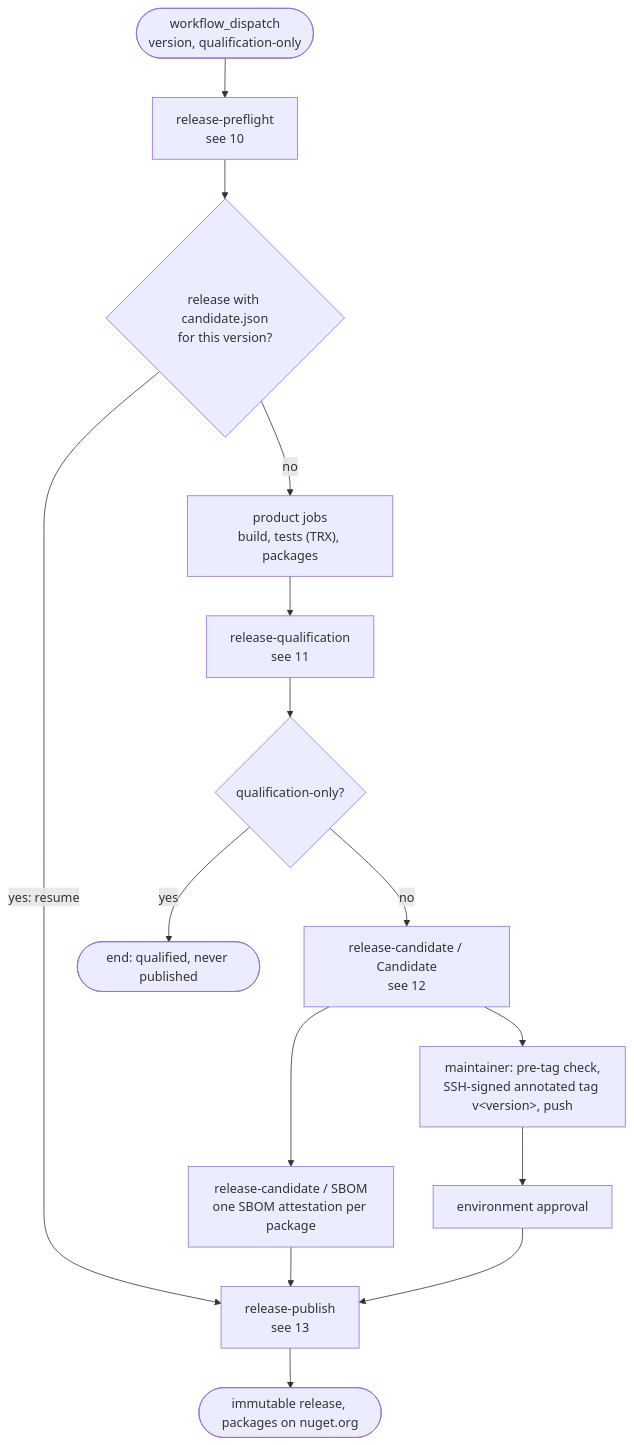
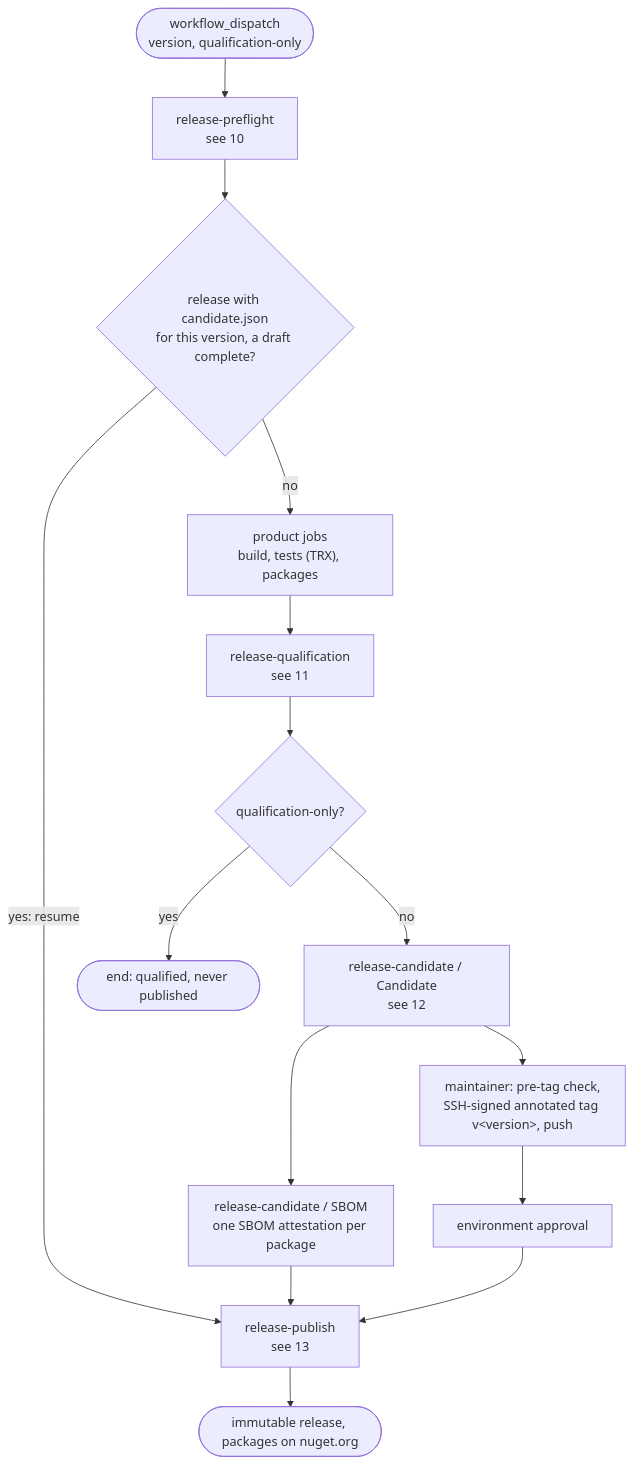
The ninth of 19 diagrams in docs/overview.md (doka-labs/workflows), drawn with Mermaid before and after one commit. The commit also changed other lines of this file and 8 other files, not shown here.

First line of the commit message:
fix(workflows): first publication, draft resume and symbol retries

````diff
--- a/docs/overview.md
+++ b/docs/overview.md
@@ -247,17 +247,17 @@
 ```mermaid
 flowchart TB
   start(["workflow_dispatch<br/>version, qualification-only"]) --> pre["release-preflight<br/>see 10"]
-  pre --> resume{"release with candidate.json<br/>for this version?"}
+  pre --> resume{"release with candidate.json<br/>for this version, a draft complete?"}
   resume -- "yes: resume" --> publish
   resume -- no --> build["product jobs<br/>build, tests (TRX), packages"]
   build --> qual["release-qualification<br/>see 11"]
   qual --> only{"qualification-only?"}
   only -- yes --> done1(["end: qualified, never published"])
   only -- no --> cand["release-candidate / Candidate<br/>see 12"]
   cand --> sbom["release-candidate / SBOM<br/>one SBOM attestation per package"]
   cand --> tag["maintainer: pre-tag check,<br/>SSH-signed annotated tag v&lt;version&gt;, push"]
   tag --> approve["environment approval"]
   sbom --> publish
   approve --> publish["release-publish<br/>see 13"]
   publish --> done2(["immutable release, packages on nuget.org"])
 ```
````
